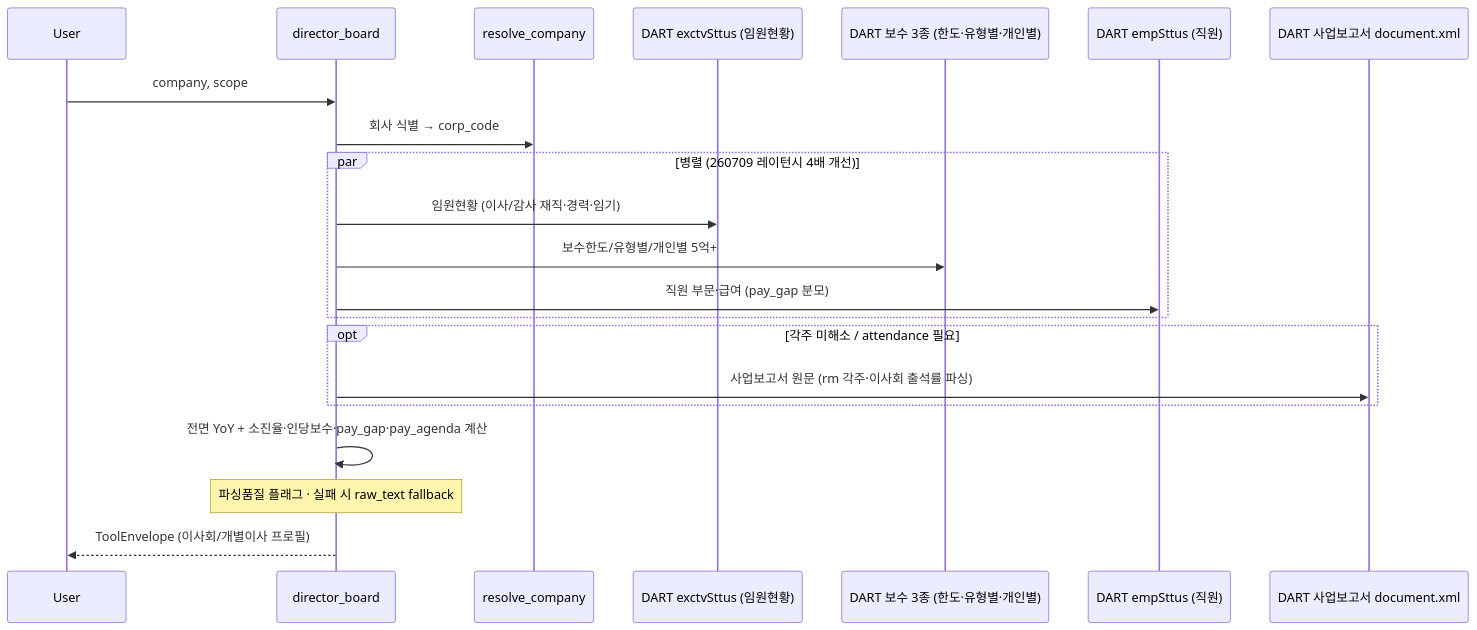
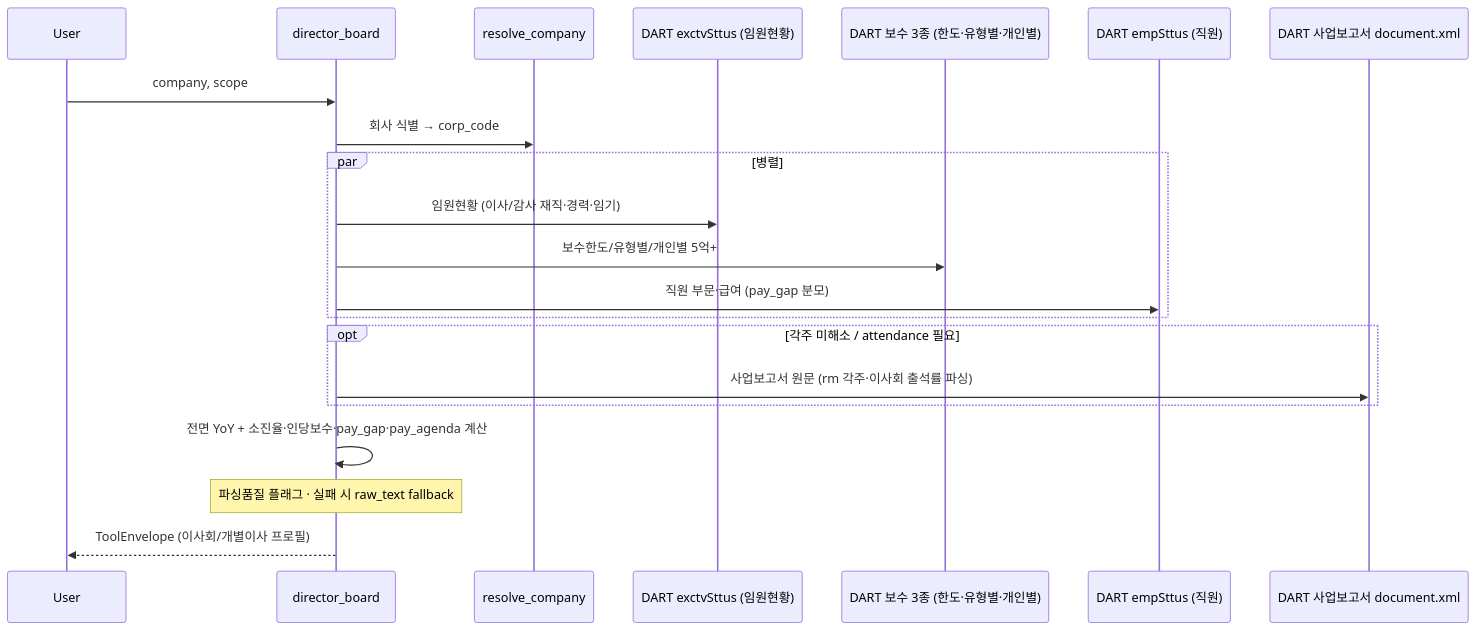
Before and after one commit to MarcoYou/open-proxy-mcp: the diagram in wiki/tools/director_board.md, drawn with Mermaid. The commit also changed other lines of this file and 60 other files, not shown here.

````diff
--- a/wiki/tools/director_board.md
+++ b/wiki/tools/director_board.md
@@ -424,23 +373,23 @@
 ```mermaid
 sequenceDiagram
     participant U as User
     participant T as director_board
     participant R as resolve_company
     participant E as DART exctvSttus (임원현황)
     participant A as DART 보수 3종 (한도·유형별·개인별)
     participant EM as DART empSttus (직원)
     participant X as DART 사업보고서 document.xml
     U->>T: company, scope
     T->>R: 회사 식별 → corp_code
-    par 병렬 (260709 레이턴시 4배 개선)
+    par 병렬
         T->>E: 임원현황 (이사/감사 재직·경력·임기)
         T->>A: 보수한도/유형별/개인별 5억+
         T->>EM: 직원 부문·급여 (pay_gap 분모)
     end
     opt 각주 미해소 / attendance 필요
         T->>X: 사업보고서 원문 (rm 각주·이사회 출석률 파싱)
     end
     T->>T: 전면 YoY + 소진율·인당보수·pay_gap·pay_agenda 계산
     Note over T: 파싱품질 플래그 · 실패 시 raw_text fallback
     T-->>U: ToolEnvelope (이사회/개별이사 프로필)
 ```
````
